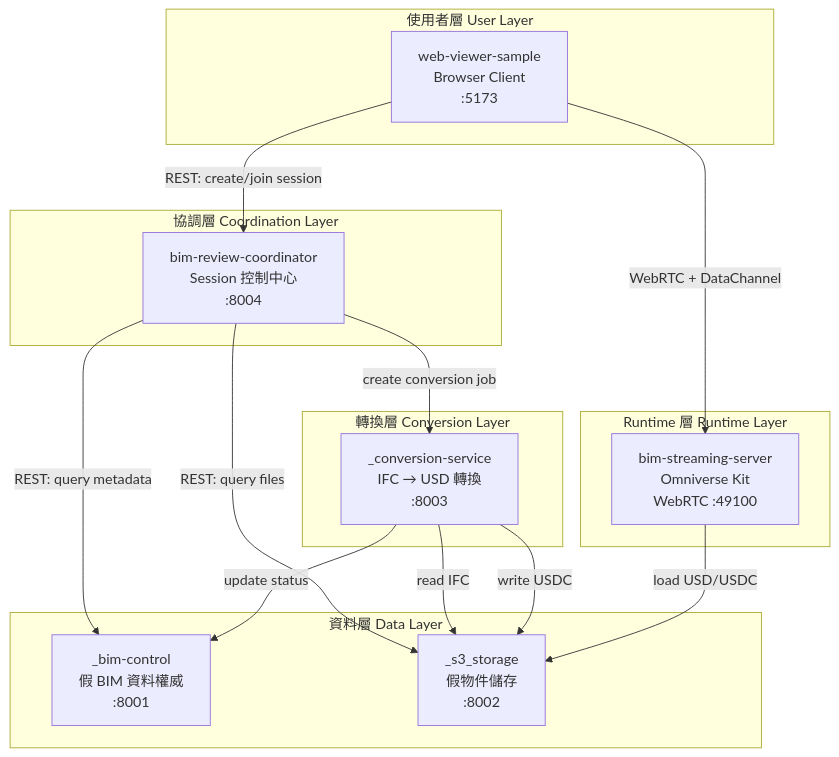
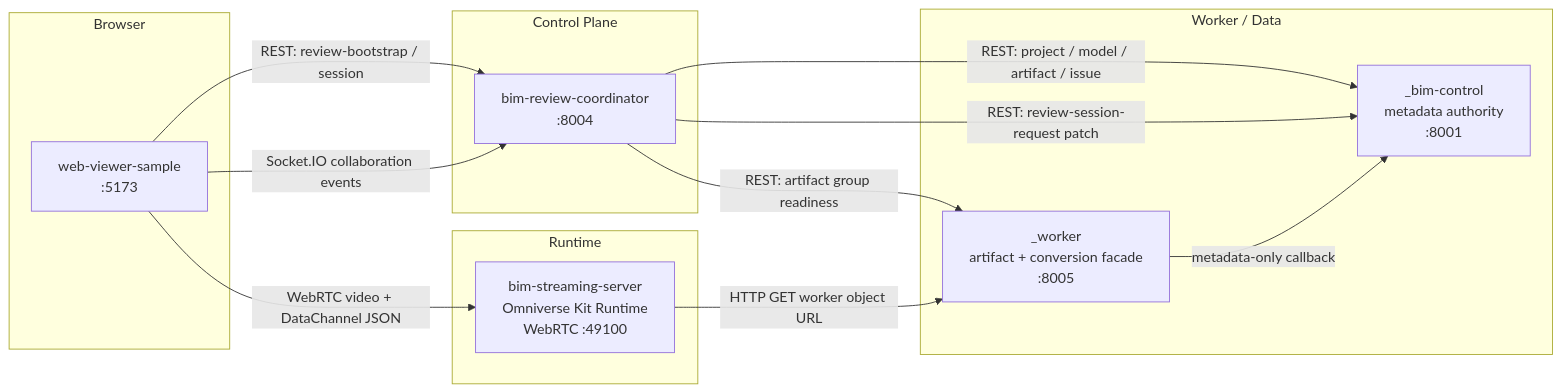
Before and after one commit to monkey1sai/AI-BIM-governance: the first of 5 diagrams in docs/PROJECT_DEVELOPMENT_WORKFLOW.md, drawn with Mermaid. The commit also changed other lines of this file, not shown here.

First line of the commit message:
docs: 依新版架構圖 v2 重寫專案開發流程

````diff
--- a/docs/PROJECT_DEVELOPMENT_WORKFLOW.md
+++ b/docs/PROJECT_DEVELOPMENT_WORKFLOW.md
@@ -30,33 +61,27 @@
 ```mermaid
-graph TB
-    subgraph "資料層 Data Layer"
-        BC[_bim-control<br/>假 BIM 資料權威<br/>:8001]
-        S3[_s3_storage<br/>假物件儲存<br/>:8002]
+flowchart LR
+    subgraph "Browser"
+        WV[web-viewer-sample<br/>:5173]
     end
-    
-    subgraph "轉換層 Conversion Layer"
-        CS[_conversion-service<br/>IFC → USD 轉換<br/>:8003]
+    subgraph "Control Plane"
+        CO[bim-review-coordinator<br/>:8004]
     end
-    
-    subgraph "協調層 Coordination Layer"
-        CO[bim-review-coordinator<br/>Session 控制中心<br/>:8004]
+    subgraph "Worker / Data"
+        WK[_worker<br/>artifact + conversion facade<br/>:8005]
+        BC[_bim-control<br/>metadata authority<br/>:8001]
     end
-    
-    subgraph "Runtime 層 Runtime Layer"
-        KIT[bim-streaming-server<br/>Omniverse Kit<br/>WebRTC :49100]
+    subgraph "Runtime"
+        KIT[bim-streaming-server<br/>Omniverse Kit Runtime<br/>WebRTC :49100]
     end
-    
-    subgraph "使用者層 User Layer"
-        WV[web-viewer-sample<br/>Browser Client<br/>:5173]
-    end
-    
-    WV -->|REST: create/join session| CO
-    WV -->|WebRTC + DataChannel| KIT
-    CO -->|REST: query metadata| BC
-    CO -->|REST: query files| S3
-    CO -->|create conversion job| CS
-    CS -->|read IFC| S3
-    CS -->|write USDC| S3
-    CS -->|update status| BC
-    KIT -->|load USD/USDC| S3
+
+    WV -->|REST: review-bootstrap / session| CO
+    WV -->|WebRTC video + DataChannel JSON| KIT
+    WV -->|Socket.IO collaboration events| CO
+
+    CO -->|REST: project / model / artifact / issue| BC
+    CO -->|REST: artifact group readiness| WK
+    CO -->|REST: review-session-request patch| BC
+
+    WK -->|metadata-only callback| BC
+    KIT -->|HTTP GET worker object URL| WK
 ```
````
